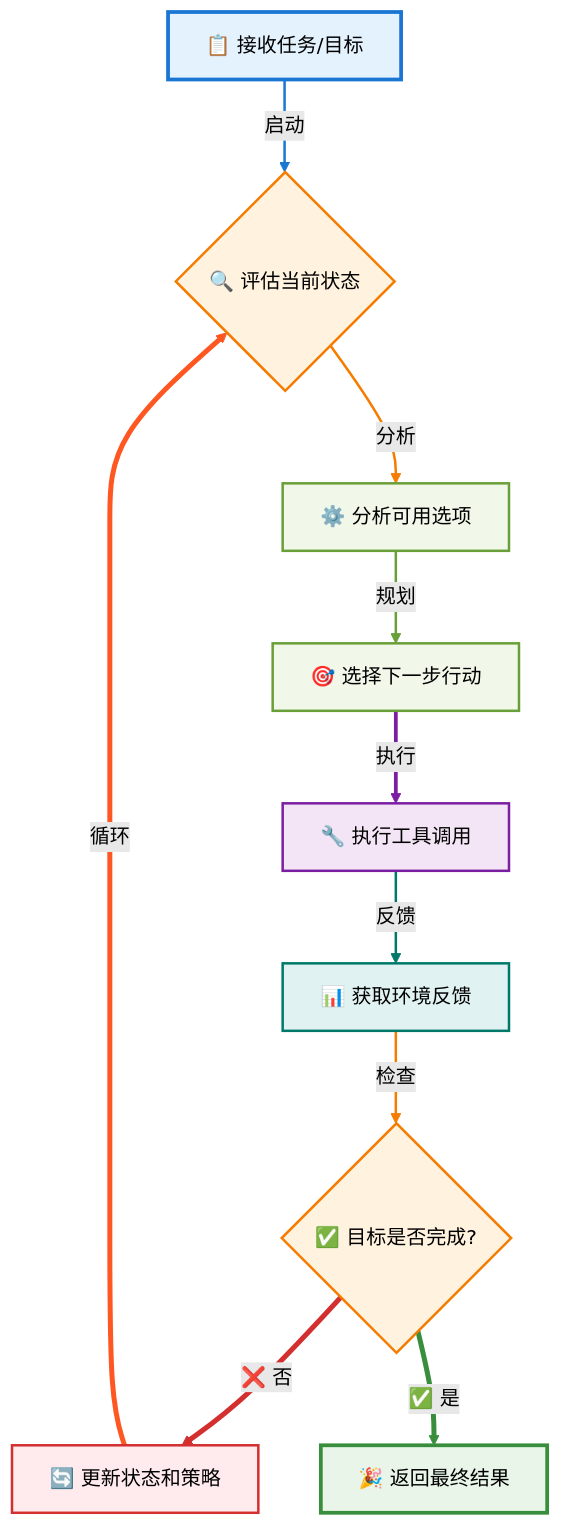
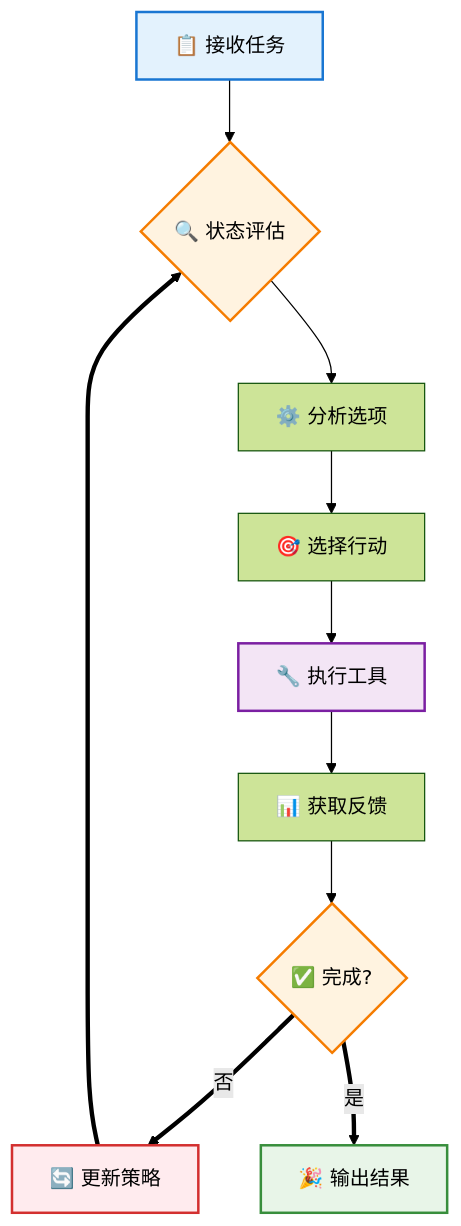
Before and after one commit to yxzf/claude-code-guide: the first of 9 diagrams in AI_Agent_完整入门指南.md, drawn with Mermaid (forest theme). The commit also changed other lines of this file, not shown here.

First line of the commit message:
修复图表显示问题：缩小Agent流程图+修复架构对比图语法错误

````diff
--- a/AI_Agent_完整入门指南.md
+++ b/AI_Agent_完整入门指南.md
@@ -48,34 +48,19 @@
 ```mermaid
 flowchart TD
-    A[📋 接收任务/目标] -->|启动| B{🔍 评估当前状态}
-    B -->|分析| C[⚙️ 分析可用选项]
-    C -->|规划| D[🎯 选择下一步行动]
-    D -->|执行| E[🔧 执行工具调用]
-    E -->|反馈| F[📊 获取环境反馈]
-    F -->|检查| G{✅ 目标是否完成?}
-    G ==>|❌ 否| H[🔄 更新状态和策略]
-    H ==>|循环| B
-    G ==>|✅ 是| I[🎉 返回最终结果]
+    A[📋 接收任务] --> B{🔍 状态评估}
+    B --> C[⚙️ 分析选项]
+    C --> D[🎯 选择行动]
+    D --> E[🔧 执行工具]
+    E --> F[📊 获取反馈]
+    F --> G{✅ 完成?}
+    G ==>|否| H[🔄 更新策略]
+    H ==> B
+    G ==>|是| I[🎉 输出结果]
     
-    %% 样式定义
-    style A fill:#e3f2fd,stroke:#1976d2,stroke-width:3px,color:#000
-    style I fill:#e8f5e8,stroke:#388e3c,stroke-width:3px,color:#000
-    style G fill:#fff3e0,stroke:#f57c00,stroke-width:2px,color:#000
-    style B fill:#fff3e0,stroke:#f57c00,stroke-width:2px,color:#000
-    style E fill:#f3e5f5,stroke:#7b1fa2,stroke-width:2px,color:#000
-    style H fill:#ffebee,stroke:#d32f2f,stroke-width:2px,color:#000
-    style C fill:#f1f8e9,stroke:#689f38,stroke-width:2px,color:#000
-    style D fill:#f1f8e9,stroke:#689f38,stroke-width:2px,color:#000
-    style F fill:#e0f2f1,stroke:#00796b,stroke-width:2px,color:#000
-    
-    %% 连接线样式
-    linkStyle 0 stroke:#1976d2,stroke-width:2px
-    linkStyle 1 stroke:#f57c00,stroke-width:2px
-    linkStyle 2 stroke:#689f38,stroke-width:2px
-    linkStyle 3 stroke:#7b1fa2,stroke-width:3px
-    linkStyle 4 stroke:#00796b,stroke-width:2px
-    linkStyle 5 stroke:#f57c00,stroke-width:2px
-    linkStyle 6 stroke:#d32f2f,stroke-width:4px
-    linkStyle 7 stroke:#ff5722,stroke-width:4px
-    linkStyle 8 stroke:#388e3c,stroke-width:4px
+    style A fill:#e3f2fd,stroke:#1976d2,stroke-width:2px
+    style I fill:#e8f5e8,stroke:#388e3c,stroke-width:2px
+    style G fill:#fff3e0,stroke:#f57c00,stroke-width:2px
+    style B fill:#fff3e0,stroke:#f57c00,stroke-width:2px
+    style E fill:#f3e5f5,stroke:#7b1fa2,stroke-width:2px
+    style H fill:#ffebee,stroke:#d32f2f,stroke-width:2px
 ```
````
